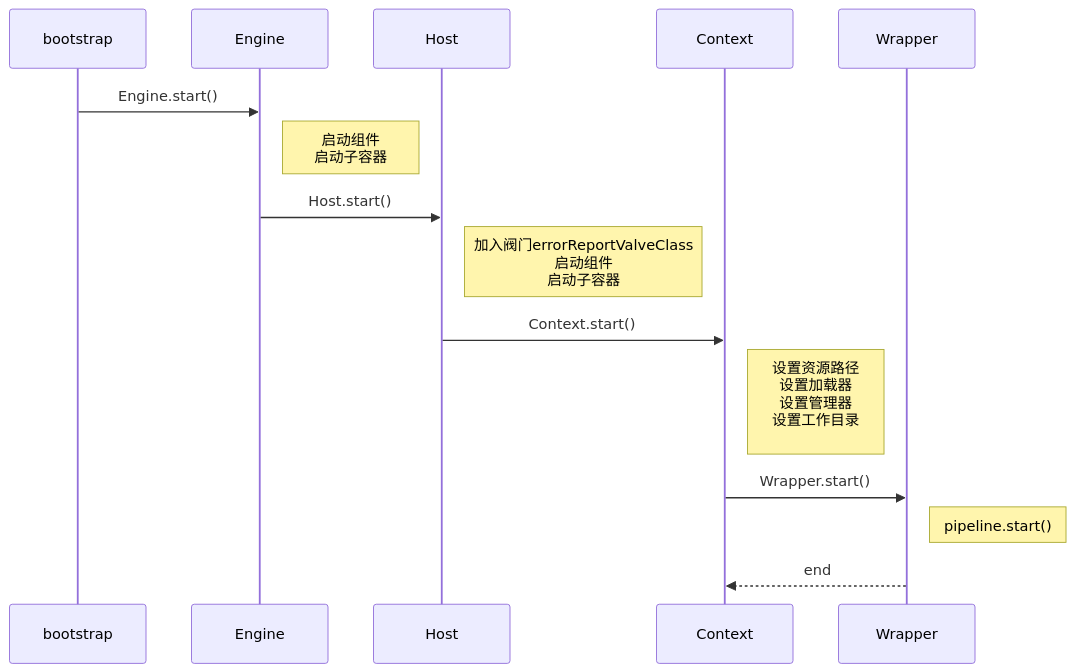
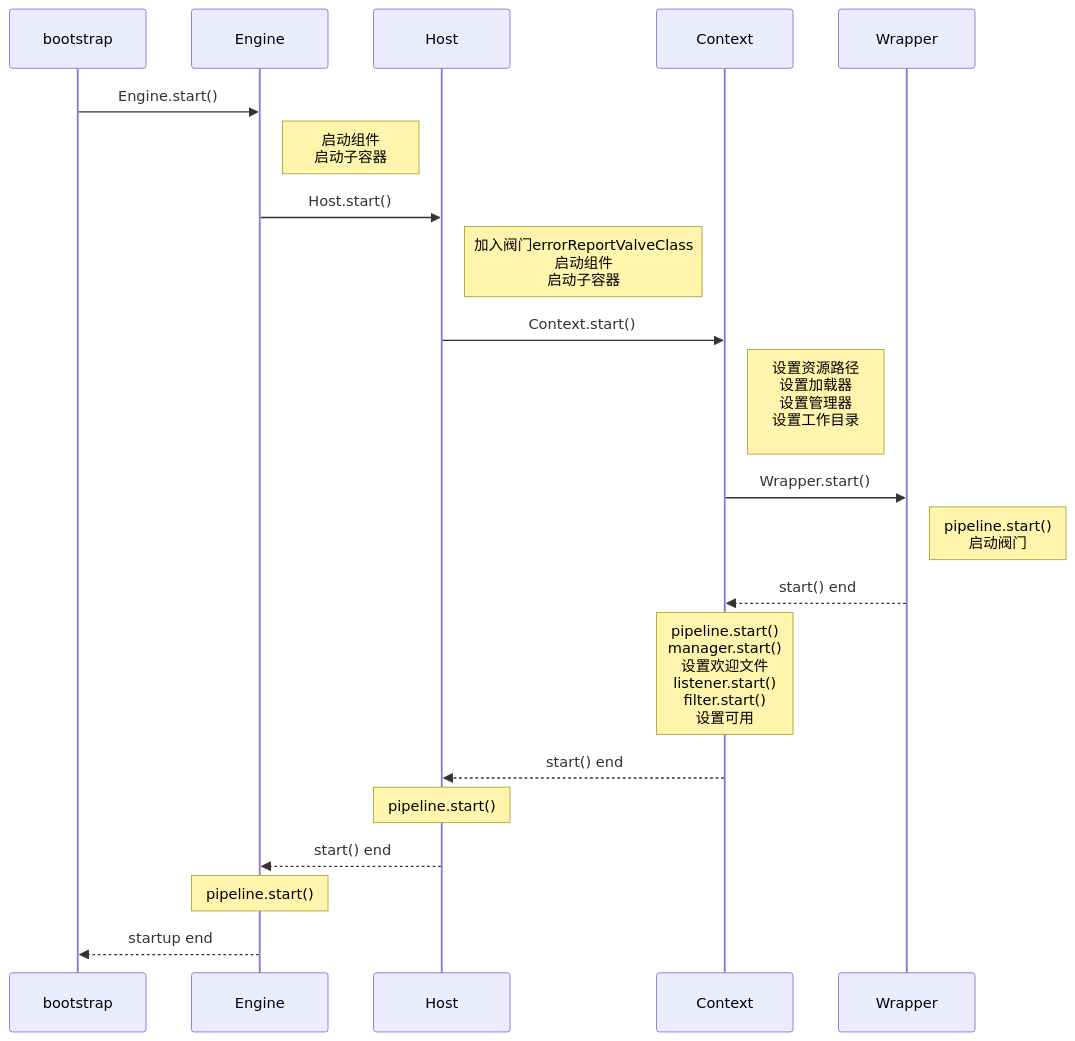
One commit to leithda/leithda.github.io changed the first of 2 diagrams in source/_posts/Tomcat-主机(host)和引擎(engine).md. Above: the diagram before and after it, drawn with Mermaid. The commit also changed other lines of this file and 1 other file, not shown here.

```diff
--- a/source/_posts/Tomcat-主机(host)和引擎(engine).md
+++ b/source/_posts/Tomcat-主机(host)和引擎(engine).md
@@ -451,17 +451,22 @@
 {% mermaid sequenceDiagram %}
 participant a as bootstrap
 participant b as Engine
 participant c as Host
 participant d as Context
 participant e as Wrapper
 a->>b:Engine.start()
 Note right of b: 启动组件<br/>启动子容器
 b->>c:Host.start()
 Note right of c: 加入阀门errorReportValveClass<br>启动组件<br>启动子容器
 c->>d:Context.start()
 Note right of d: 设置资源路径<br>设置加载器<br>设置管理器<br>设置工作目录<br>
 d->>e:Wrapper.start()
-Note right of e:pipeline.start()
-e-->>d:end
-
+Note right of e:pipeline.start()<br>启动阀门
+e-->>d:start() end
+Note over d: pipeline.start()<br>manager.start()<br>设置欢迎文件<br>listener.start()<br>filter.start()<br>设置可用
+d-->>c: start() end
+Note over c: pipeline.start()
+c-->>b: start() end
+Note over b: pipeline.start()
+b-->>a: startup end
 {% endmermaid %}
```
